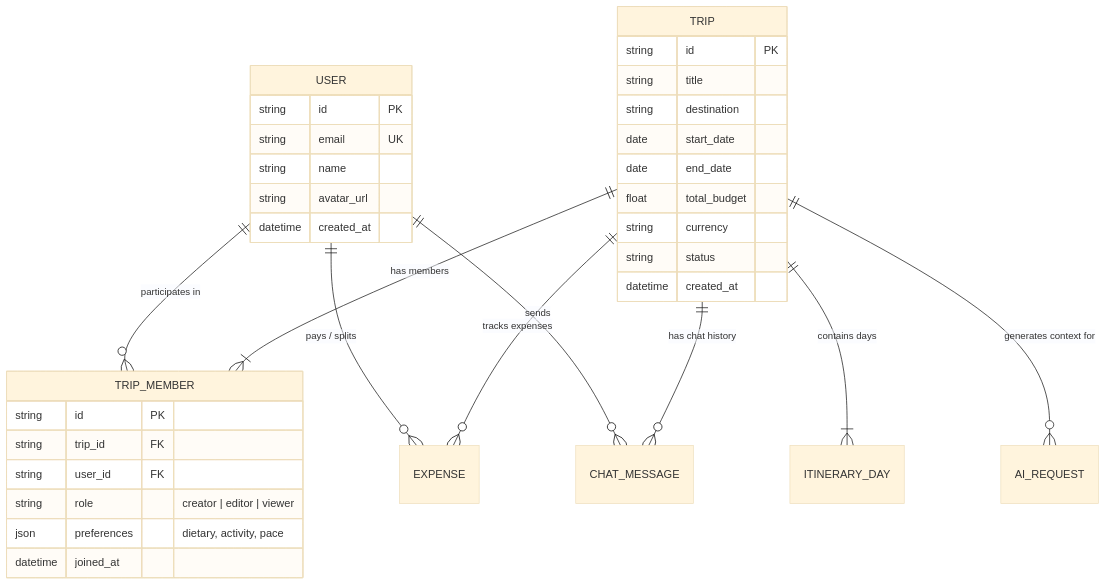
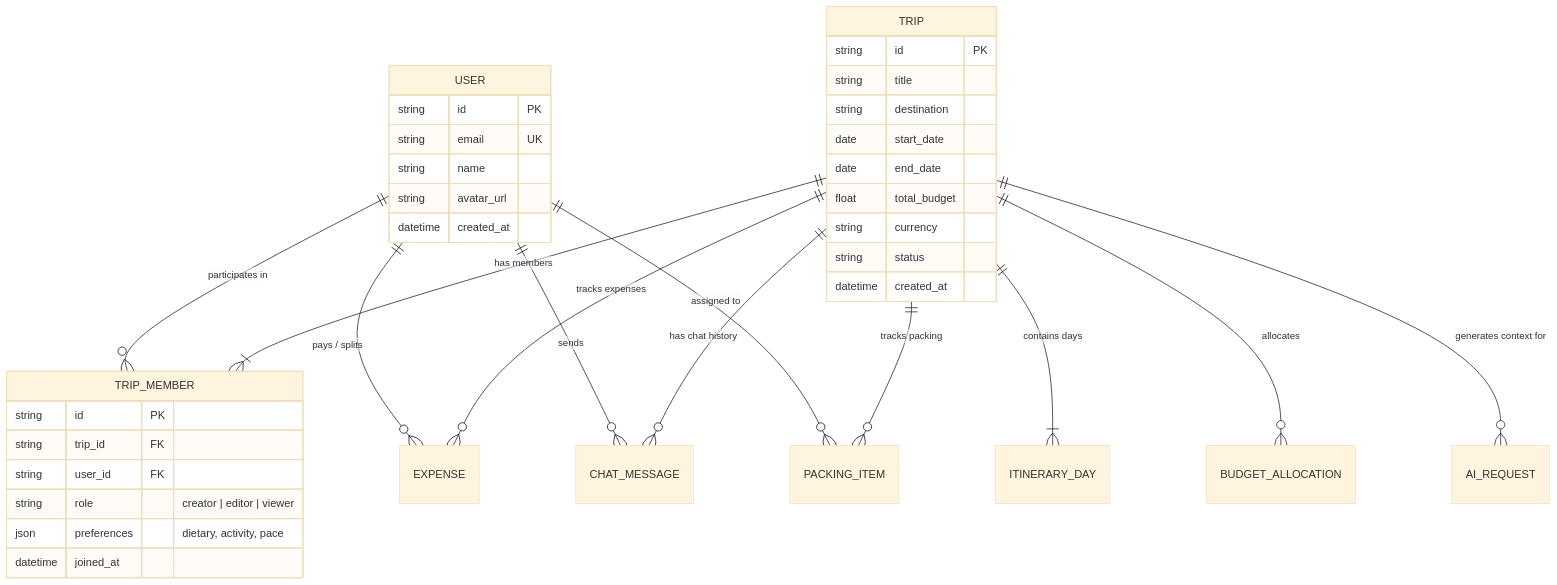
The first of 5 diagrams in docs/diagrams/er-diagram.md (DiyaShah25/Voyana), drawn with Mermaid (base theme) before and after one commit. The commit also changed other lines of this file, not shown here.

Commit message:
docs(database): design comprehensive ER diagrams and database architecture models (VPM-26)

````diff
--- a/docs/diagrams/er-diagram.md
+++ b/docs/diagrams/er-diagram.md
@@ -7,41 +20,44 @@
 ```mermaid
 erDiagram
     USER ||--o{ TRIP_MEMBER : "participates in"
     USER ||--o{ EXPENSE : "pays / splits"
     USER ||--o{ CHAT_MESSAGE : "sends"
+    USER ||--o{ PACKING_ITEM : "assigned to"
     
     TRIP ||--|{ TRIP_MEMBER : "has members"
     TRIP ||--|{ ITINERARY_DAY : "contains days"
     TRIP ||--o{ EXPENSE : "tracks expenses"
+    TRIP ||--o{ BUDGET_ALLOCATION : "allocates"
+    TRIP ||--o{ PACKING_ITEM : "tracks packing"
     TRIP ||--o{ CHAT_MESSAGE : "has chat history"
     TRIP ||--o{ AI_REQUEST : "generates context for"
 
     USER {
         string id PK
         string email UK
         string name
         string avatar_url
         datetime created_at
     }
 
     TRIP {
         string id PK
         string title
         string destination
         date start_date
         date end_date
         float total_budget
         string currency
         string status
         datetime created_at
     }
 
     TRIP_MEMBER {
         string id PK
         string trip_id FK
         string user_id FK
         string role "creator | editor | viewer"
         json preferences "dietary, activity, pace"
         datetime joined_at
     }
 ```
````
